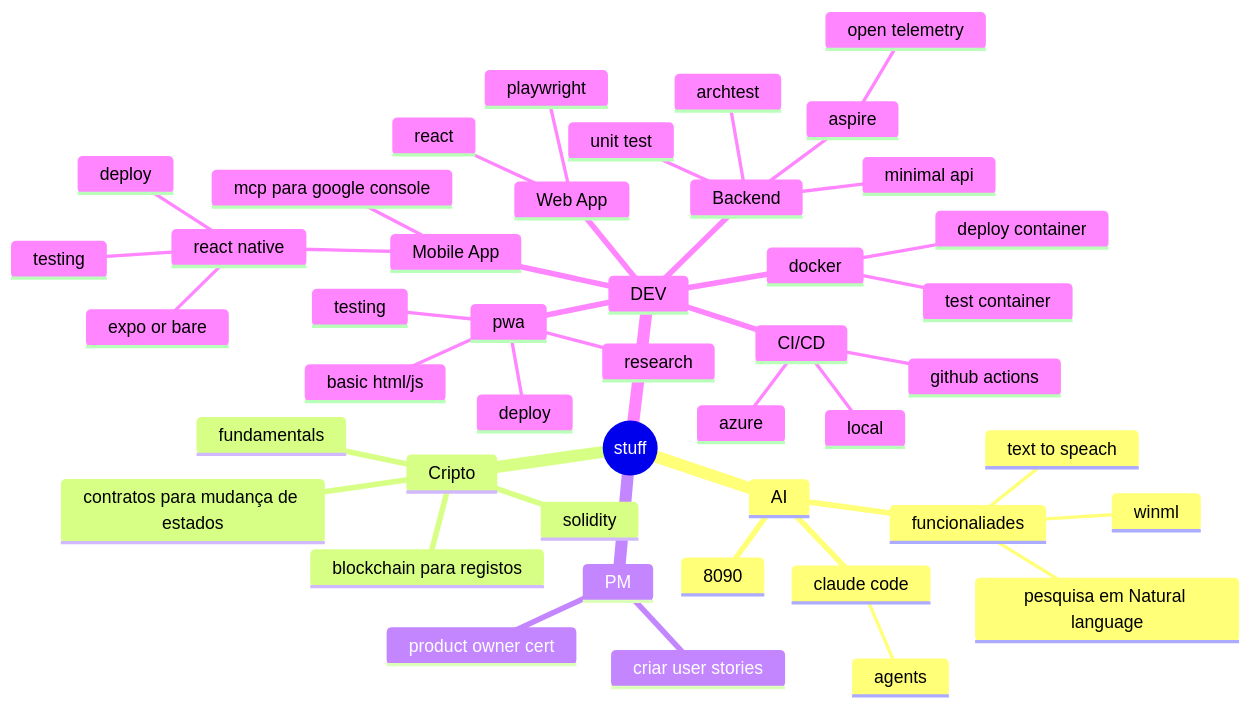
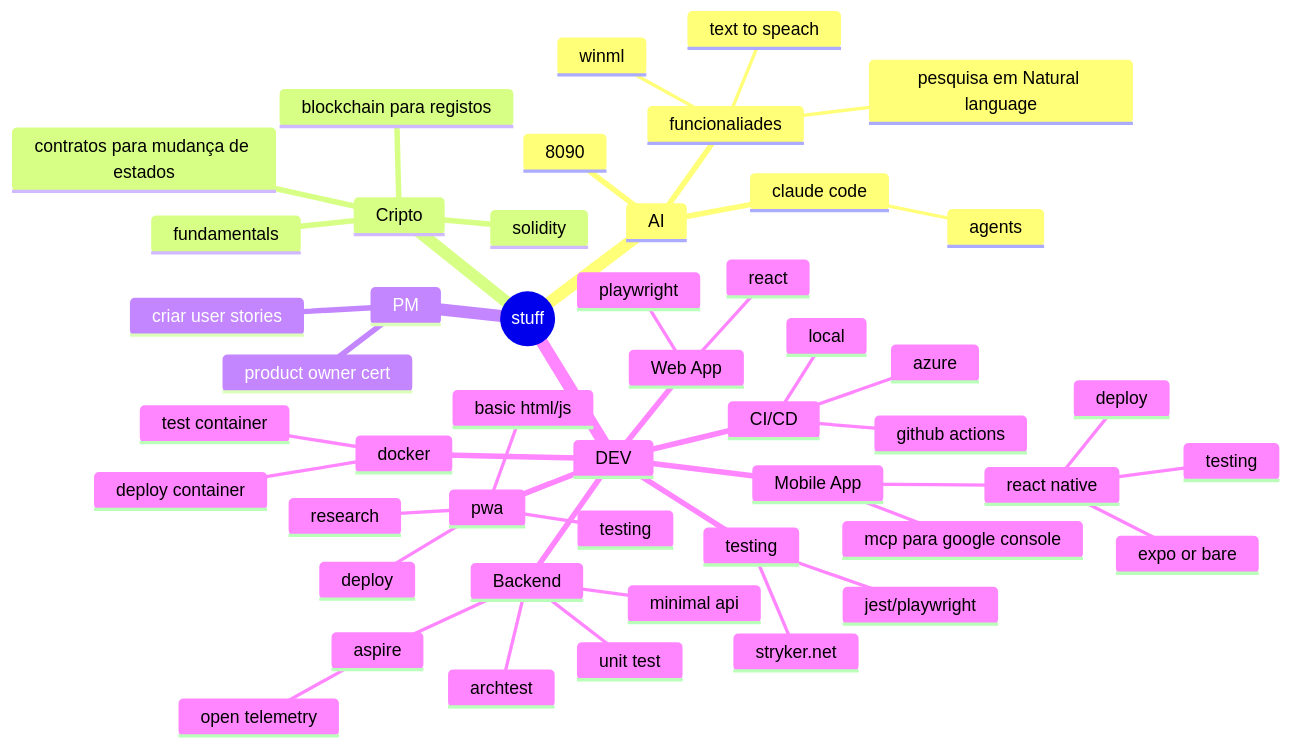
One commit to vitorsilva/my-mindmap changed the diagram in mindmap.mmd. Above: the diagram before and after it, drawn with Mermaid. The commit also changed 2 other files, not shown here.

```diff
--- a/mindmap.mmd
+++ b/mindmap.mmd
@@ -1,46 +1,54 @@
+---
+config:
+  layout: tidy-tree
+---
 mindmap
   root((stuff))
     AI
         claude code
             agents
         8090
         funcionaliades
             pesquisa em Natural language
             text to speach
             winml
     Cripto
         fundamentals
         blockchain para registos
         contratos para mudança de estados
         solidity
     PM
         product owner cert
         criar user stories
     DEV
         Mobile App
+        ::: color #f96
             react native
                 expo or bare
                 deploy
                 testing
             mcp para google console
         pwa
             research
             basic html/js
             deploy
             testing
         Web App
             react
             playwright
         Backend
             aspire
                 open telemetry
             minimal api
             unit test
             archtest
         CI/CD
             github actions
             local
             azure
         docker
             test container
             deploy container
+        testing
+            stryker.net
+            jest/playwright
```
